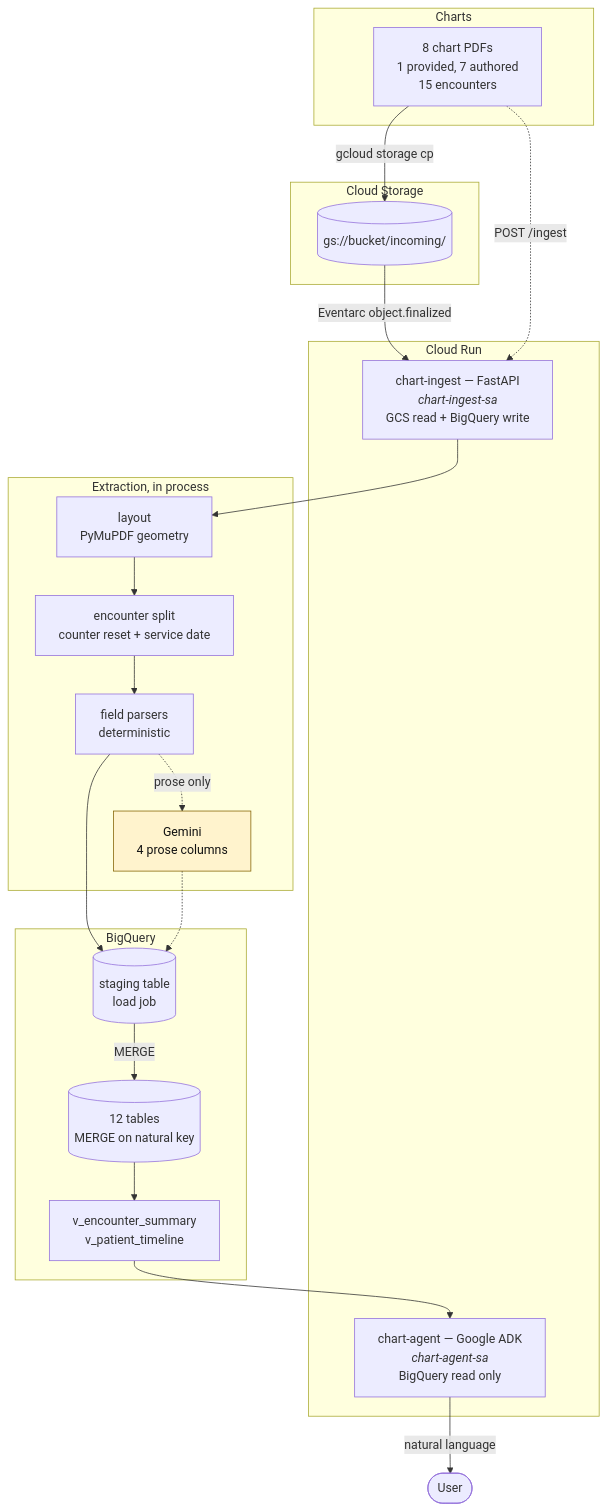
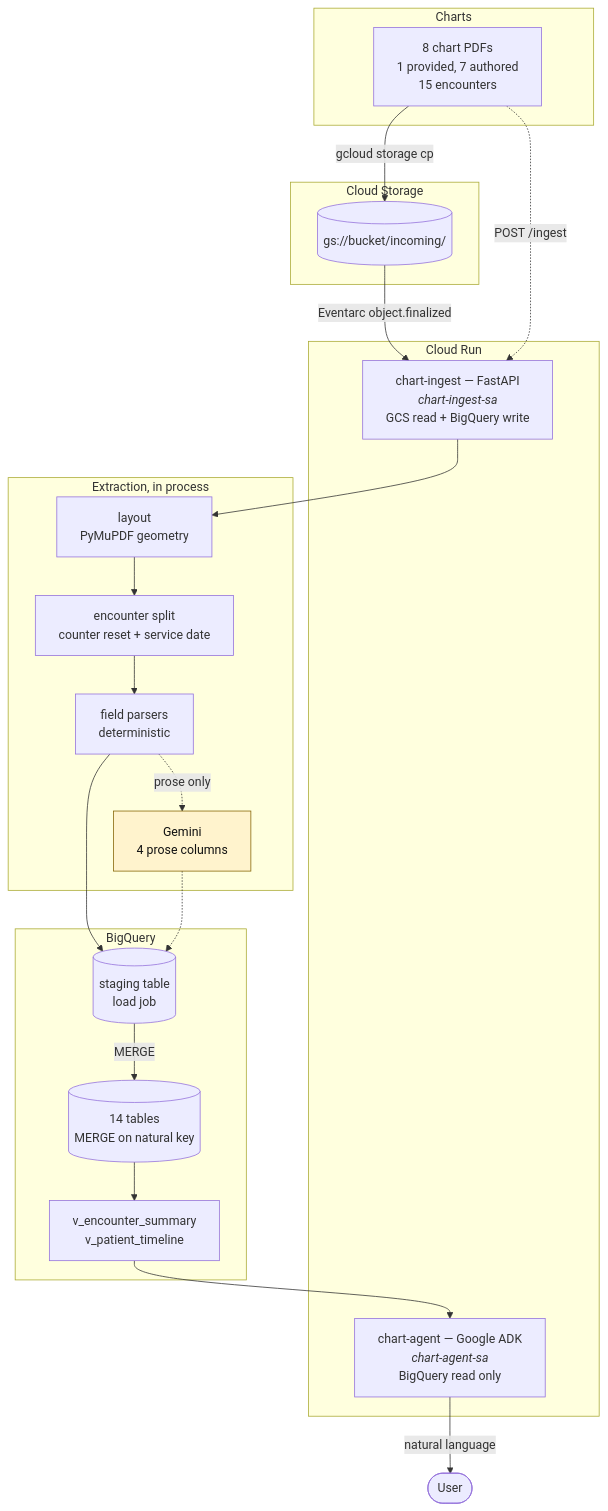
One commit to tanster63/clinical-document-ingestion-pipeline changed the diagram in docs/architecture.md. Above: the diagram before and after it, drawn with Mermaid. The commit also changed other lines of this file and 12 other files, not shown here.

````diff
--- a/docs/architecture.md
+++ b/docs/architecture.md
@@ -3,40 +3,40 @@
 ```mermaid
 flowchart TB
     subgraph Source["Charts"]
         A["8 chart PDFs<br/>1 provided, 7 authored<br/>15 encounters"]
     end
 
     subgraph GCS["Cloud Storage"]
         B[("gs://bucket/incoming/")]
     end
 
     subgraph CR["Cloud Run"]
         C["chart-ingest — FastAPI<br/><i>chart-ingest-sa</i><br/>GCS read + BigQuery write"]
         H["chart-agent — Google ADK<br/><i>chart-agent-sa</i><br/>BigQuery read only"]
     end
 
     subgraph Extract["Extraction, in process"]
         D["layout<br/>PyMuPDF geometry"]
         E["encounter split<br/>counter reset + service date"]
         F["field parsers<br/>deterministic"]
         G["Gemini<br/>4 prose columns"]
     end
 
     subgraph BQ["BigQuery"]
         I[("staging table<br/>load job")]
-        J[("12 tables<br/>MERGE on natural key")]
+        J[("14 tables<br/>MERGE on natural key")]
         K["v_encounter_summary<br/>v_patient_timeline"]
     end
 
     A -->|gcloud storage cp| B
     B -->|Eventarc object.finalized| C
     A -.->|POST /ingest| C
     C --> D --> E --> F --> I
     F -.->|prose only| G -.-> I
     I -->|MERGE| J --> K
     K --> H
     H -->|natural language| L(["User"])
 
     classDef llm fill:#fff3cd,stroke:#856404,color:#111
     class G llm
 ```
````
